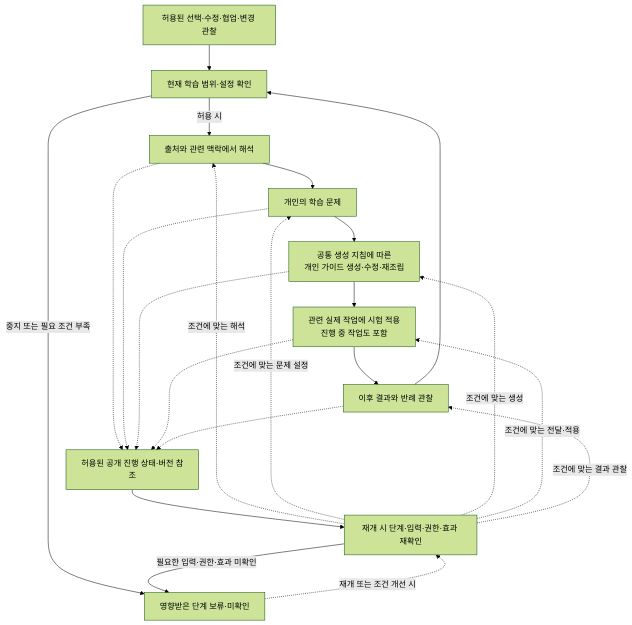
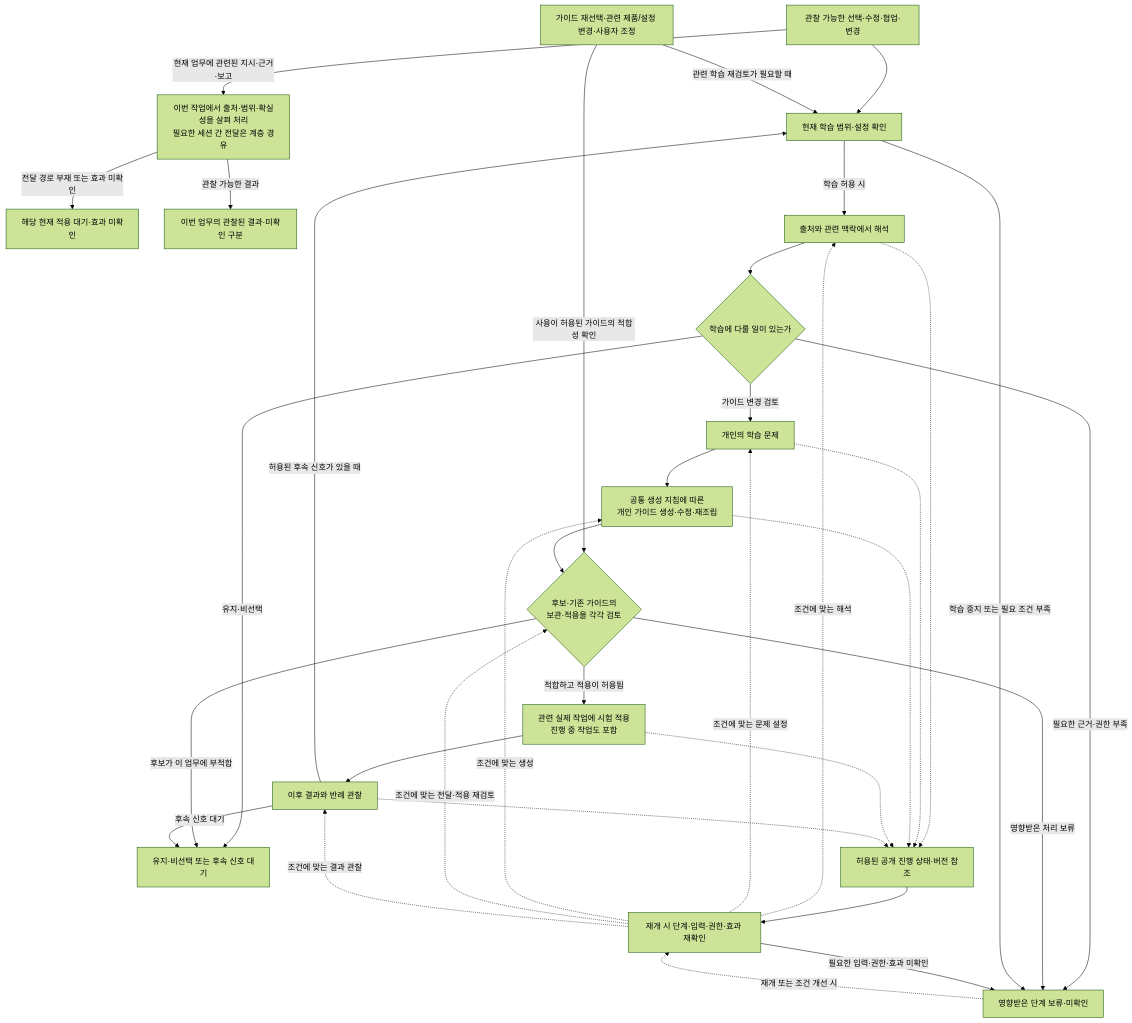
Before and after one commit to ParkerHwang/OpenSocrates: the second of 2 diagrams in docs/v2.0/SYSTEM_2.0.ko.md, drawn with Mermaid (forest theme). The commit also changed other lines of this file and 6 other files, not shown here.

````diff
--- a/docs/v2.0/SYSTEM_2.0.ko.md
+++ b/docs/v2.0/SYSTEM_2.0.ko.md
@@ -218,32 +218,53 @@
 ```mermaid
 flowchart TD
-    signal["허용된 선택·수정·협업·변경 관찰"]
+    signal["관찰 가능한 선택·수정·협업·변경"]
+    current["이번 작업에서 출처·범위·확실성을 살펴 처리<br/>필요한 세션 간 전달은 계층 경유"]
+    current_pending["해당 현재 적용 대기·효과 미확인"]
+    current_result["이번 업무의 관찰된 결과·미확인 구분"]
     eligibility["현재 학습 범위·설정 확인"]
+    revisit["가이드 재선택·관련 제품/설정 변경·사용자 조정"]
     assess["출처와 관련 맥락에서 해석"]
+    decide{"학습에 다룰 일이 있는가"}
     issue["개인의 학습 문제"]
     propose["공통 생성 지침에 따른<br/>개인 가이드 생성·수정·재조립"]
+    review{"후보·기존 가이드의<br/>보관·적용을 각각 검토"}
     apply["관련 실제 작업에 시험 적용<br/>진행 중 작업도 포함"]
     observe["이후 결과와 반례 관찰"]
+    nochange["유지·비선택 또는 후속 신호 대기"]
     checkpoint["허용된 공개 진행 상태·버전 참조"]
     resume["재개 시 단계·입력·권한·효과 재확인"]
     waiting["영향받은 단계 보류·미확인"]
 
+    signal -->|"현재 업무에 관련된 지시·근거·보고"| current
+    current -->|"관찰 가능한 결과"| current_result
+    current -->|"전달 경로 부재 또는 효과 미확인"| current_pending
     signal --> eligibility
-    eligibility -->|"허용 시"| assess
-    assess --> issue --> propose --> apply --> observe
-    observe --> eligibility
-    eligibility -->|"중지 또는 필요 조건 부족"| waiting
+    revisit -->|"사용이 허용된 가이드의 적합성 확인"| review
+    revisit -->|"관련 학습 재검토가 필요할 때"| eligibility
+    eligibility -->|"학습 허용 시"| assess
+    assess --> decide
+    decide -->|"가이드 변경 검토"| issue
+    decide -->|"유지·비선택"| nochange
+    decide -->|"필요한 근거·권한 부족"| waiting
+    issue --> propose --> review
+    review -->|"적합하고 적용이 허용됨"| apply
+    review -->|"후보가 이 업무에 부적합"| nochange
+    review -->|"영향받은 처리 보류"| waiting
+    apply --> observe
+    observe -->|"허용된 후속 신호가 있을 때"| eligibility
+    observe -->|"후속 신호 대기"| nochange
+    eligibility -->|"학습 중지 또는 필요 조건 부족"| waiting
     assess -.-> checkpoint
     issue -.-> checkpoint
     propose -.-> checkpoint
     apply -.-> checkpoint
     observe -.-> checkpoint
     checkpoint --> resume
     resume -.->|"조건에 맞는 해석"| assess
     resume -.->|"조건에 맞는 문제 설정"| issue
     resume -.->|"조건에 맞는 생성"| propose
-    resume -.->|"조건에 맞는 전달·적용"| apply
+    resume -.->|"조건에 맞는 전달·적용 재검토"| review
     resume -.->|"조건에 맞는 결과 관찰"| observe
     resume -->|"필요한 입력·권한·효과 미확인"| waiting
     waiting -.->|"재개 또는 조건 개선 시"| resume
 ```
````
